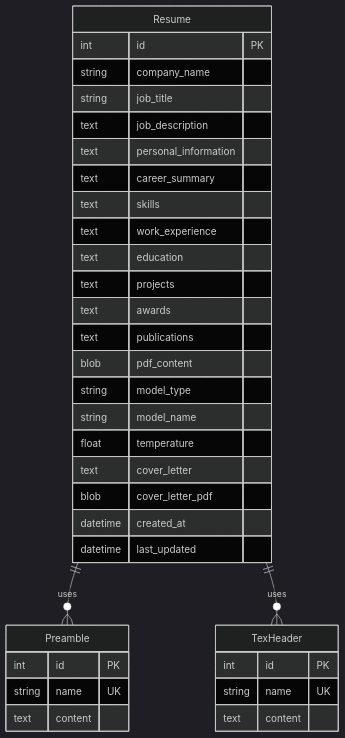
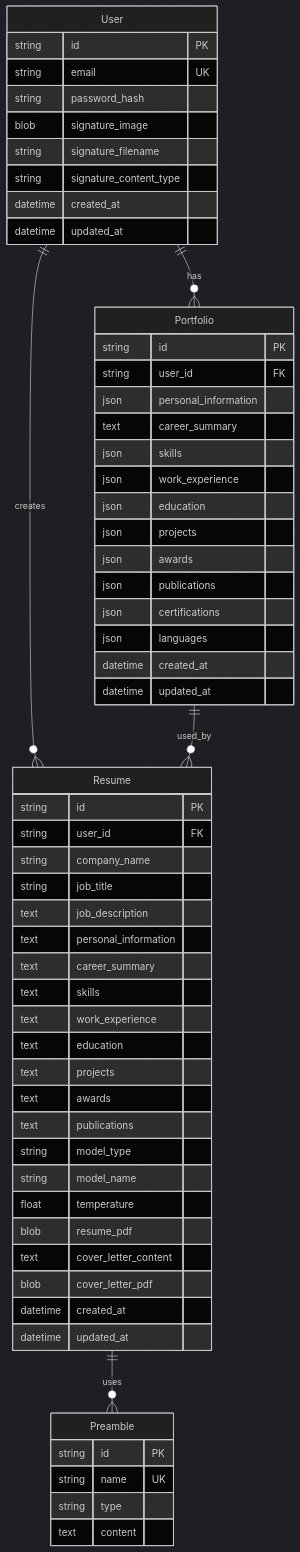
Before and after one commit to mucahitkayadan/Resume-Builder-TeX: the diagram in design/er_diagram.mmd, drawn with Mermaid (dark theme). The commit also changed 32 other files, not shown here.

Commit message:
Database operations and cover letter creation verified

```diff
--- a/design/er_diagram.mmd
+++ b/design/er_diagram.mmd
@@ -1,38 +1,64 @@
 erDiagram
+    User {
+        string id PK
+        string email UK
+        string password_hash
+        blob signature_image
+        string signature_filename
+        string signature_content_type
+        datetime created_at
+        datetime updated_at
+    }
+
+    Portfolio {
+        string id PK
+        string user_id FK
+        json personal_information
+        text career_summary
+        json skills
+        json work_experience
+        json education
+        json projects
+        json awards
+        json publications
+        json certifications
+        json languages
+        datetime created_at
+        datetime updated_at
+    }
+
     Resume {
-        int id PK
+        string id PK
+        string user_id FK
         string company_name
         string job_title
         text job_description
         text personal_information
         text career_summary
         text skills
         text work_experience
         text education
         text projects
         text awards
         text publications
-        blob pdf_content
         string model_type
         string model_name
         float temperature
-        text cover_letter
+        blob resume_pdf
+        text cover_letter_content
         blob cover_letter_pdf
         datetime created_at
-        datetime last_updated
+        datetime updated_at
     }
 
     Preamble {
-        int id PK
+        string id PK
         string name UK
+        string type
         text content
     }
 
-    TexHeader {
-        int id PK
-        string name UK
-        text content
-    }
-
+    User ||--o{ Portfolio : "has"
+    User ||--o{ Resume : "creates"
+    Portfolio ||--o{ Resume : "used_by"
     Resume ||--o{ Preamble : "uses"
-    Resume ||--o{ TexHeader : "uses"
```
